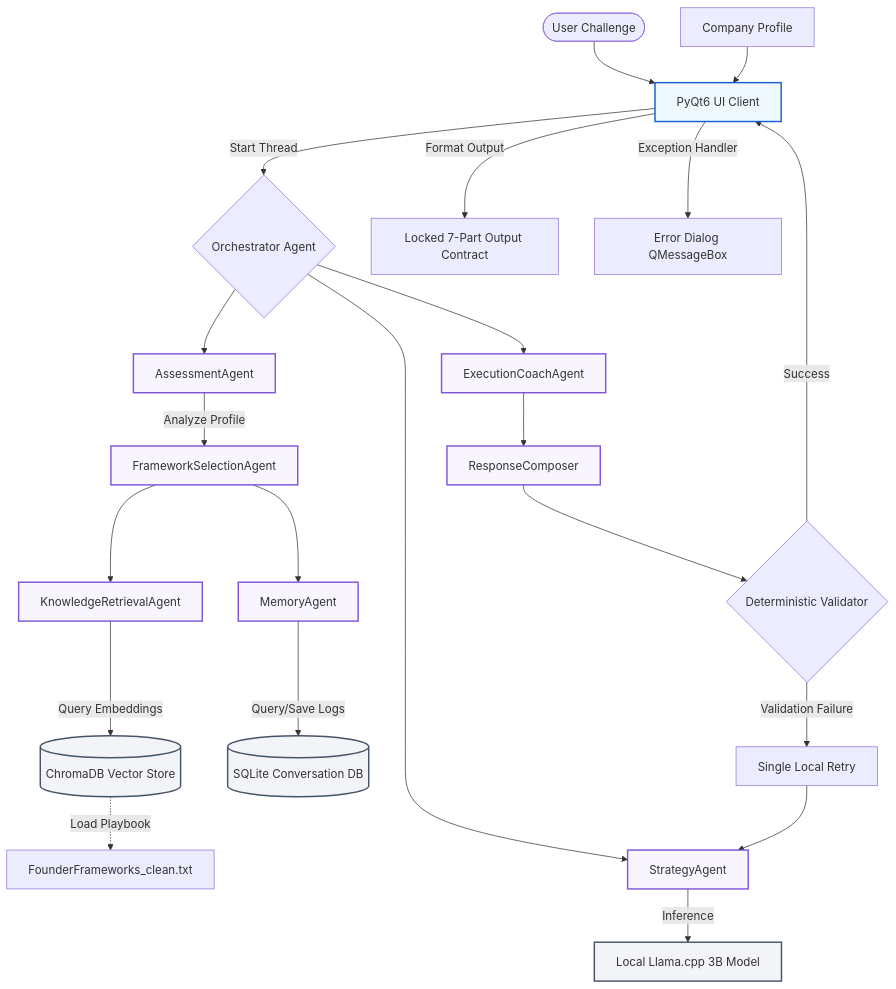
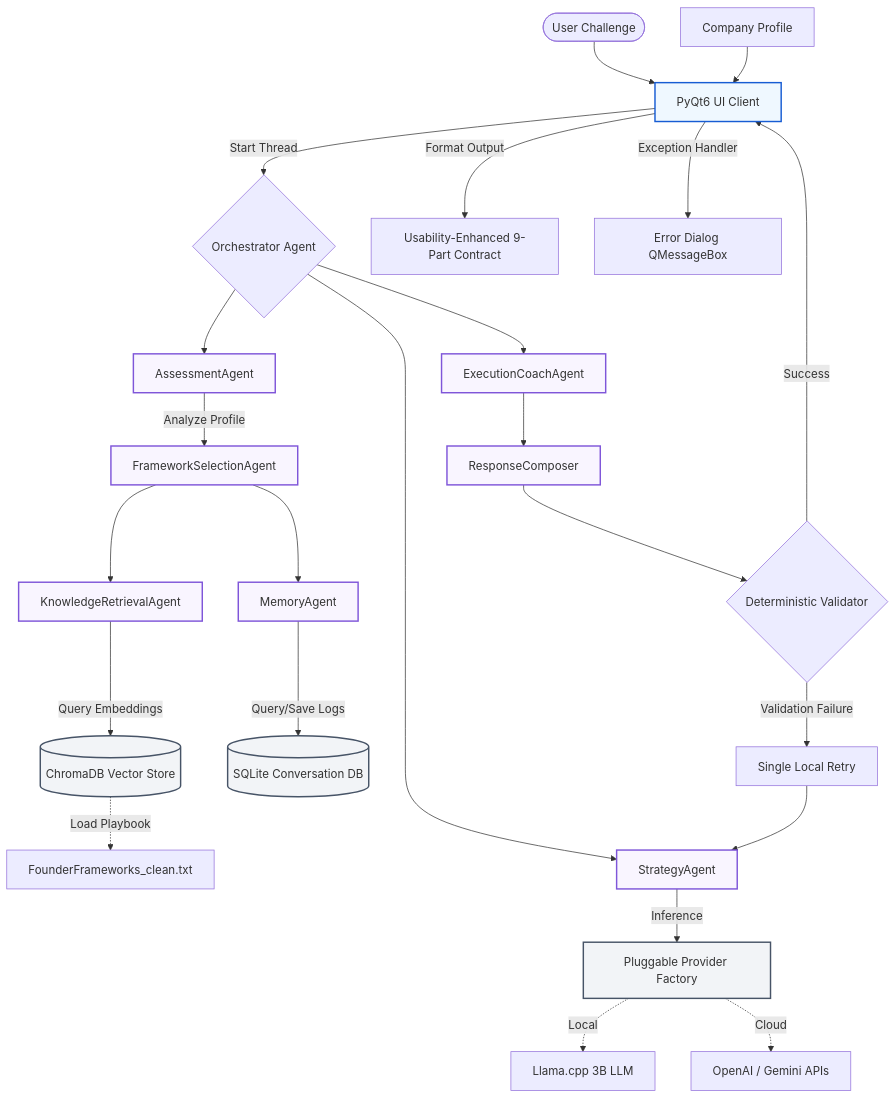
Before and after one commit to vivekgreenitive-bit/founder-ai-app: the diagram in README.md, drawn with Mermaid. The commit also changed other lines of this file and 7 other files, not shown here.

Commit message:
feat: enhance diagnostic usability with 9-part contract, scenario regression tests, and updated architecture docs

````diff
--- a/README.md
+++ b/README.md
@@ -35,35 +35,37 @@
 ```mermaid
 graph TD
     classDef agent fill:#f9f5ff,stroke:#7f56d9,stroke-width:2px;
     classDef storage fill:#f2f4f7,stroke:#475467,stroke-width:2px;
     classDef client fill:#eff8ff,stroke:#175cd3,stroke-width:2px;
     
     User([User Challenge]) --> UI[PyQt6 UI Client]:::client
     Profile[Company Profile] --> UI
     
     UI -->|Start Thread| Orchestrator{Orchestrator Agent}
     
     Orchestrator --> Assessment[AssessmentAgent]:::agent
     Assessment -->|Analyze Profile| FrameworkSelect[FrameworkSelectionAgent]:::agent
     
     FrameworkSelect --> Retrieval[KnowledgeRetrievalAgent]:::agent
     Retrieval -->|Query Embeddings| Chroma[(ChromaDB Vector Store)]:::storage
     Chroma -.->|Load Playbook| Playbook[FounderFrameworks_clean.txt]
     
     FrameworkSelect --> Memory[MemoryAgent]:::agent
     Memory -->|Query/Save Logs| SQLite[(SQLite Conversation DB)]:::storage
     
     Orchestrator --> Strategy[StrategyAgent]:::agent
-    Strategy -->|Inference| Llama[Local Llama.cpp 3B Model]:::storage
+    Strategy -->|Inference| Provider[Pluggable Provider Factory]:::storage
+    Provider -.->|Local| Llama[Llama.cpp 3B LLM]
+    Provider -.->|Cloud| APIs[OpenAI / Gemini APIs]
     
     Orchestrator --> Execution[ExecutionCoachAgent]:::agent
     Execution --> Composer[ResponseComposer]:::agent
     
     Composer --> Validator{Deterministic Validator}
     Validator -->|Validation Failure| Retry[Single Local Retry]
     Retry --> Strategy
     
     Validator -->|Success| UI
-    UI -->|Format Output| Output[Locked 7-Part Output Contract]
+    UI -->|Format Output| Output[Usability-Enhanced 9-Part Contract]
     UI -->|Exception Handler| Alert[Error Dialog QMessageBox]
 ```
````
